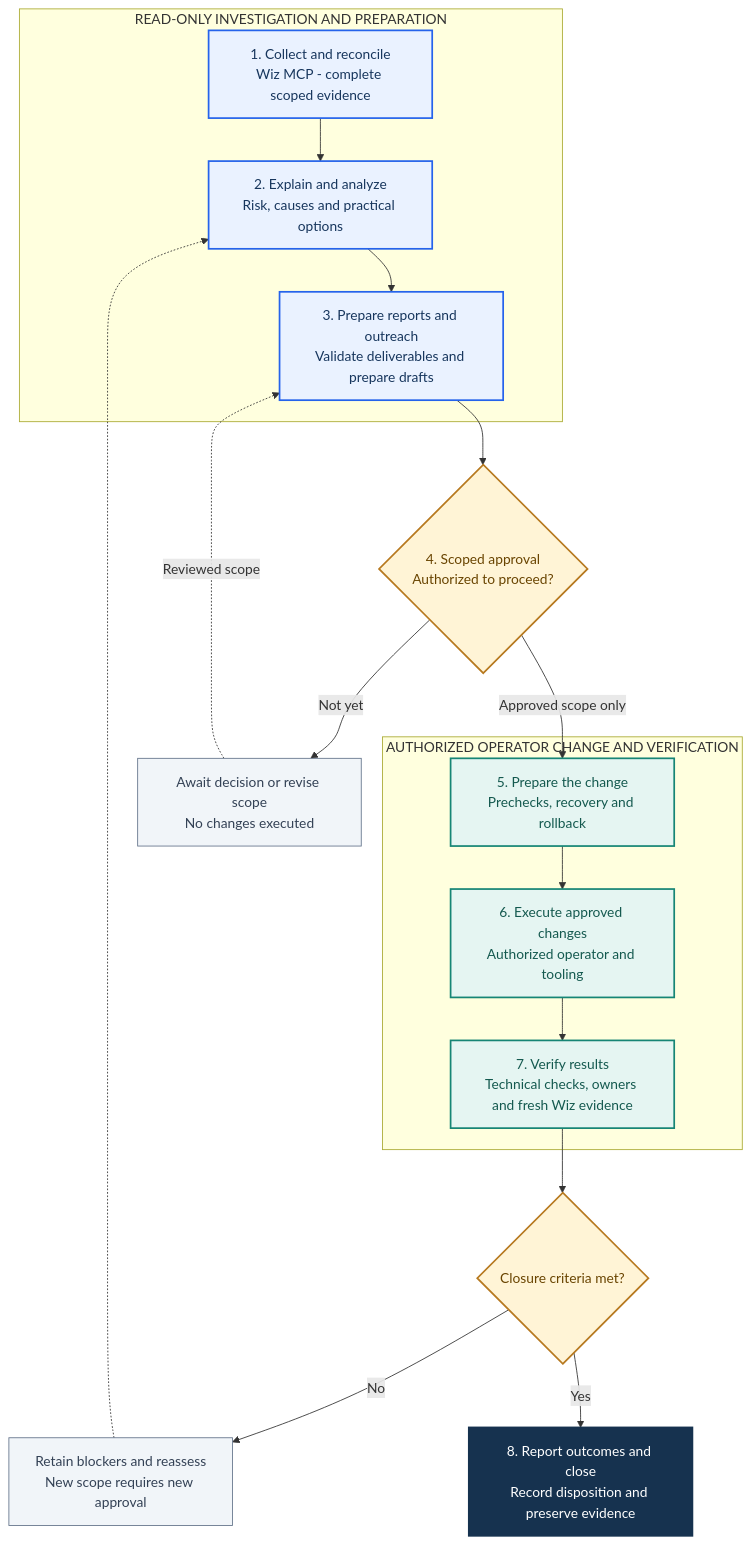
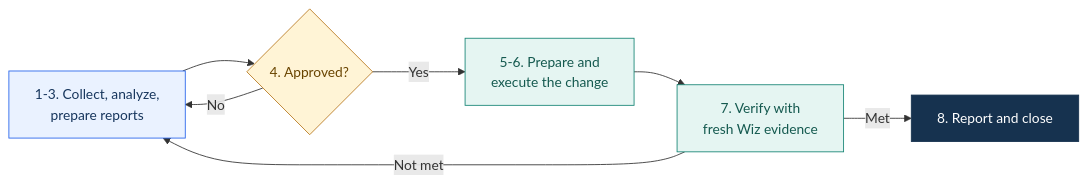
One commit to PrashantAHD/WizExpert changed the diagram in README.md. Above: the diagram before and after it, drawn with Mermaid. The commit also changed other lines of this file and 5 other files, not shown here.

````diff
--- a/README.md
+++ b/README.md
@@ -57,43 +44,18 @@
 ```mermaid
-flowchart TB
-    subgraph evidence["READ-ONLY INVESTIGATION AND PREPARATION"]
-        A["1. Collect and reconcile<br/>Wiz MCP - complete scoped evidence"]
-        B["2. Explain and analyze<br/>Risk, causes and practical options"]
-        C["3. Prepare reports and outreach<br/>Validate deliverables and prepare drafts"]
-        A --> B --> C
-    end
+flowchart LR
+    A["1-3. Collect, analyze,<br/>prepare reports"] --> D{"4. Approved?"}
+    D -->|No| A
+    D -->|Yes| E["5-6. Prepare and<br/>execute the change"]
+    E --> G["7. Verify with<br/>fresh Wiz evidence"]
+    G -->|Not met| A
+    G -->|Met| I["8. Report and close"]
 
-    D{"4. Scoped approval<br/>Authorized to proceed?"}
-    H["Await decision or revise scope<br/>No changes executed"]
-
-    subgraph change["AUTHORIZED OPERATOR CHANGE AND VERIFICATION"]
-        E["5. Prepare the change<br/>Prechecks, recovery and rollback"]
-        F["6. Execute approved changes<br/>Authorized operator and tooling"]
-        G["7. Verify results<br/>Technical checks, owners and fresh Wiz evidence"]
-        E --> F --> G
-    end
-
-    V{"Closure criteria met?"}
-    R["Retain blockers and reassess<br/>New scope requires new approval"]
-    I["8. Report outcomes and close<br/>Record disposition and preserve evidence"]
-
-    C --> D
-    D -->|Not yet| H
-    H -.->|Reviewed scope| C
-    D -->|Approved scope only| E
-    G --> V
-    V -->|No| R
-    R -.-> B
-    V -->|Yes| I
-
-    classDef investigate fill:#EAF2FF,stroke:#2563EB,color:#17365D,stroke-width:2px
-    classDef gate fill:#FFF4D6,stroke:#B7791F,color:#694400,stroke-width:2px
-    classDef action fill:#E5F5F2,stroke:#168575,color:#14594F,stroke-width:2px
-    classDef pending fill:#F1F5F9,stroke:#64748B,color:#334155
-    classDef complete fill:#16324F,stroke:#16324F,color:#FFFFFF,stroke-width:2px
-    class A,B,C investigate
-    class D,V gate
-    class E,F,G action
-    class H,R pending
+    classDef investigate fill:#EAF2FF,stroke:#2563EB,color:#17365D
+    classDef gate fill:#FFF4D6,stroke:#B7791F,color:#694400
+    classDef action fill:#E5F5F2,stroke:#168575,color:#14594F
+    classDef complete fill:#16324F,stroke:#16324F,color:#FFFFFF
+    class A investigate
+    class D gate
+    class E,G action
     class I complete
 ```
````
